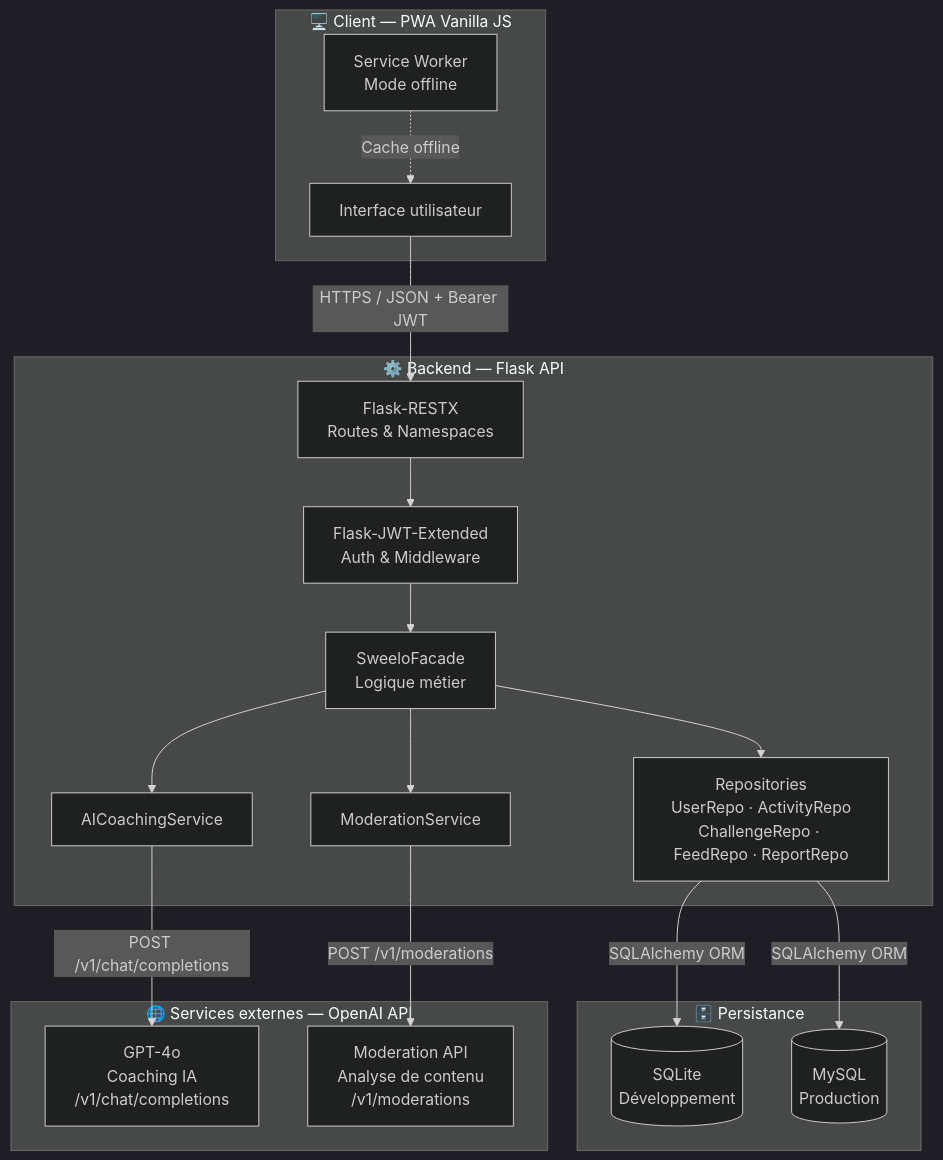
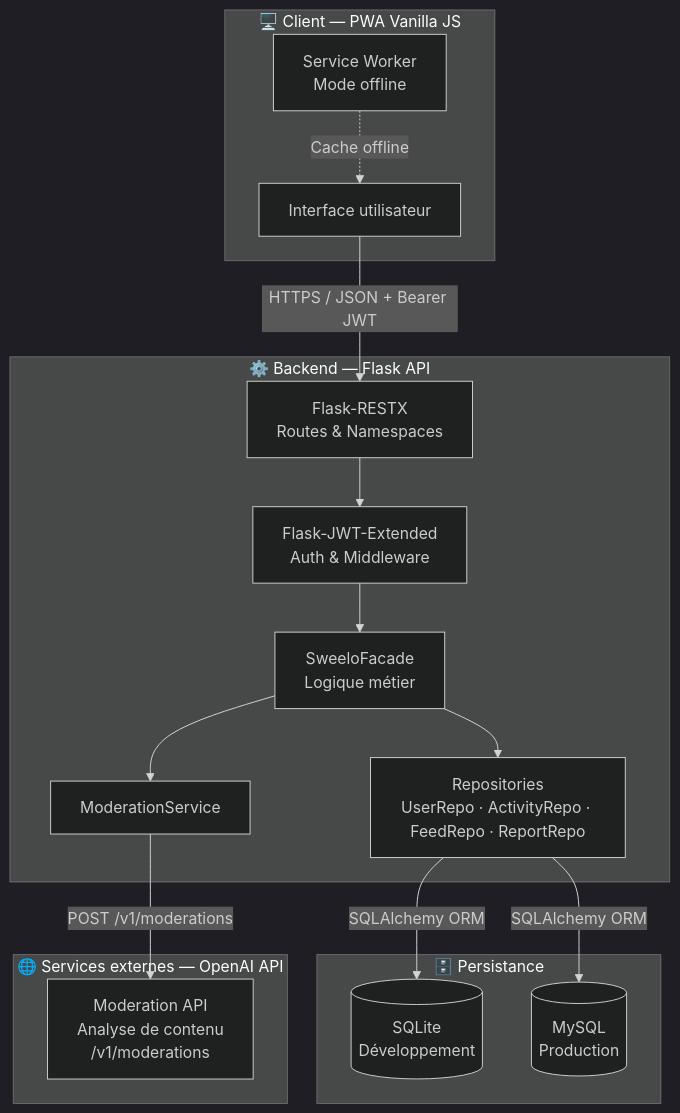
One commit to arthurmoulard/Sweelo_APP changed the first of 9 diagrams in README.md. Above: the diagram before and after it, drawn with Mermaid (dark theme). The commit also changed other lines of this file, not shown here.

````diff
--- a/README.md
+++ b/README.md
@@ -78,38 +508,34 @@
 ```mermaid
 graph TB
     subgraph Client["🖥️ Client — PWA Vanilla JS"]
         UI[Interface utilisateur]
         SW[Service Worker<br/>Mode offline]
     end
 
     subgraph Backend["⚙️ Backend — Flask API"]
         RESTX[Flask-RESTX<br/>Routes & Namespaces]
         JWT[Flask-JWT-Extended<br/>Auth & Middleware]
         FACADE[SweeloFacade<br/>Logique métier]
-        REPO[Repositories<br/>UserRepo · ActivityRepo<br/>ChallengeRepo · FeedRepo · ReportRepo]
-        AI_SVC[AICoachingService]
+        REPO[Repositories<br/>UserRepo · ActivityRepo · FeedRepo · ReportRepo]
         MOD_SVC[ModerationService]
     end
 
     subgraph Data["🗄️ Persistance"]
         SQLITE[(SQLite<br/>Développement)]
         MYSQL[(MySQL<br/>Production)]
     end
 
     subgraph External["🌐 Services externes — OpenAI API"]
-        COACHING[GPT-4o<br/>Coaching IA<br/>/v1/chat/completions]
         MODERATION[Moderation API<br/>Analyse de contenu<br/>/v1/moderations]
     end
 
     UI -->|HTTPS / JSON + Bearer JWT| RESTX
     SW -.->|Cache offline| UI
     RESTX --> JWT
     JWT --> FACADE
     FACADE --> REPO
-    FACADE --> AI_SVC
     FACADE --> MOD_SVC
     REPO -->|SQLAlchemy ORM| SQLITE
     REPO -->|SQLAlchemy ORM| MYSQL
-    AI_SVC -->|POST /v1/chat/completions| COACHING
     MOD_SVC -->|POST /v1/moderations| MODERATION
 ```
````
